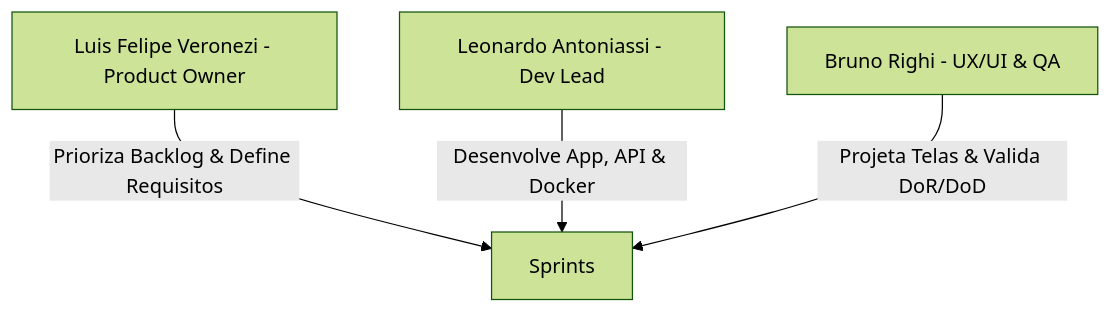
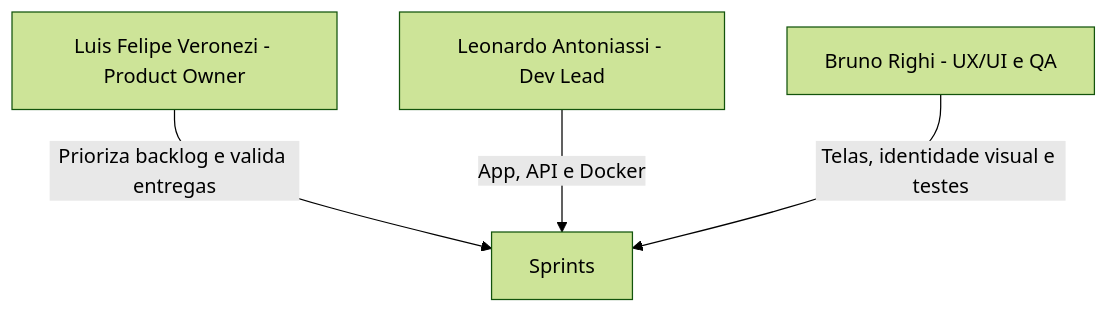
One commit to leoantoniassi/celebri-staff changed the third of 5 diagrams in README.md. Above: the diagram before and after it, drawn with Mermaid (forest theme). The commit also changed other lines of this file and 2 other files, not shown here.

````diff
--- a/README.md
+++ b/README.md
@@ -168,6 +221,6 @@
 ```mermaid
 graph TD
-    PO[Luis Felipe Veronezi - Product Owner] -->|Prioriza Backlog & Define Requisitos| Sprints
-    DEV[Leonardo Antoniassi - Dev Lead] -->|Desenvolve App, API & Docker| Sprints
-    UX[Bruno Righi - UX/UI & QA] -->|Projeta Telas & Valida DoR/DoD| Sprints
+    PO[Luis Felipe Veronezi - Product Owner] -->|Prioriza backlog e valida entregas| Sprints
+    DEV[Leonardo Antoniassi - Dev Lead] -->|App, API e Docker| Sprints
+    UX[Bruno Righi - UX/UI e QA] -->|Telas, identidade visual e testes| Sprints
 ```
````
